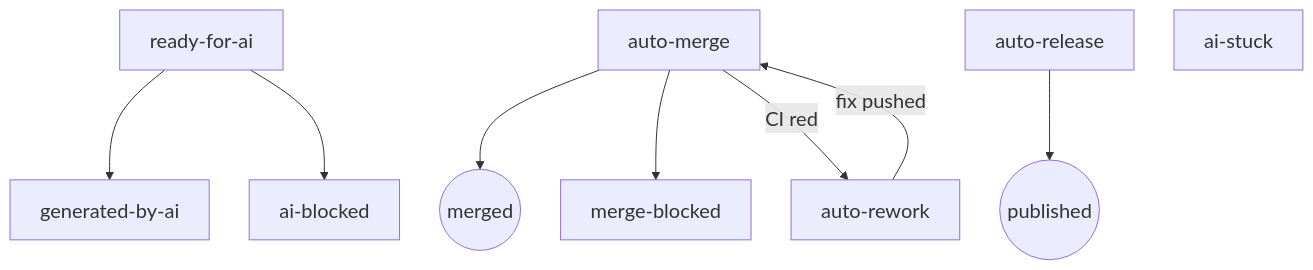
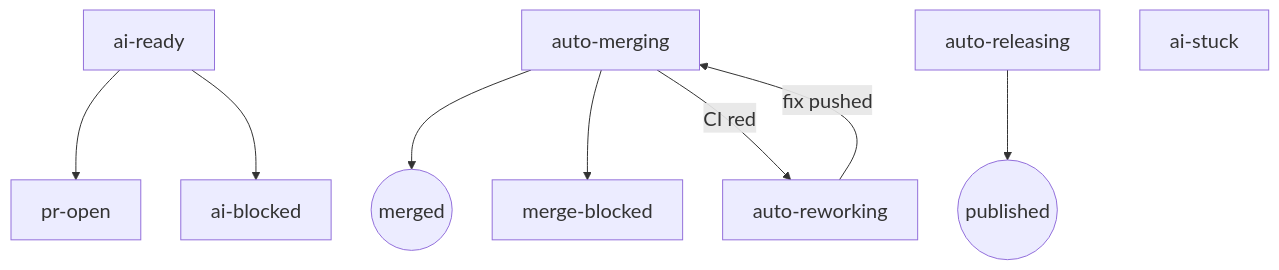
One commit to hifi-phil/umbraco-mcp-ops changed the third of 5 diagrams in docs/agent-orchestration/04-architecture.md. Above: the diagram before and after it, drawn with Mermaid. The commit also changed other lines of this file and 85 other files, not shown here.

````diff
--- a/docs/agent-orchestration/04-architecture.md
+++ b/docs/agent-orchestration/04-architecture.md
@@ -65,12 +65,12 @@
 ```mermaid
 %%{init: {"themeVariables": {"fontSize": "20px"}, "flowchart": {"nodeSpacing": 40, "rankSpacing": 60}}}%%
 flowchart TD
-    A[ready-for-ai] --> B[generated-by-ai]
+    A[ai-ready] --> B[pr-open]
     A --> C[ai-blocked]
-    M[auto-merge] --> MD((merged))
+    M[auto-merging] --> MD((merged))
     M --> MB[merge-blocked]
-    M -- "CI red" --> RW[auto-rework]
+    M -- "CI red" --> RW[auto-reworking]
     RW -- "fix pushed" --> M
-    REL[auto-release] --> P((published))
+    REL[auto-releasing] --> P((published))
     S[ai-stuck]
 ```
````
